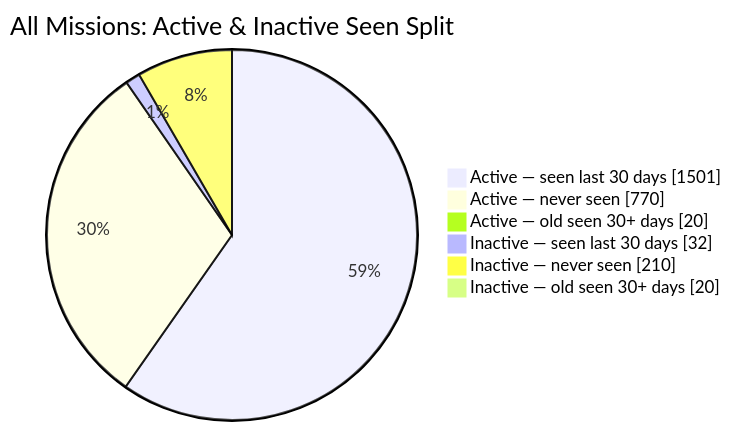
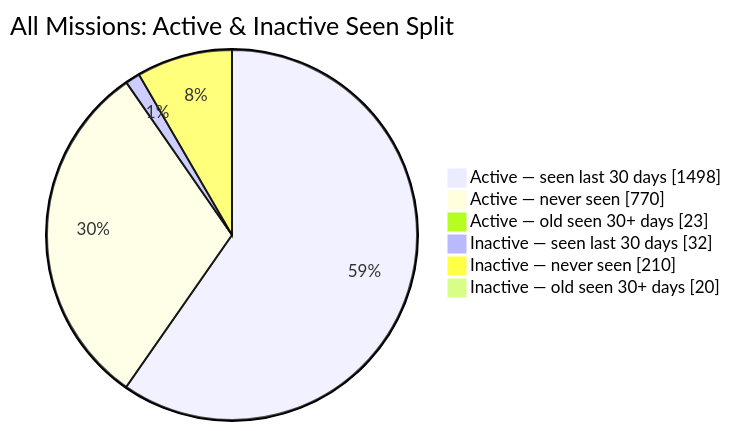
One commit to MeldkamerspelGameTeam/active-missions changed the second of 2 diagrams in README.md. Above: the diagram before and after it, drawn with Mermaid. The commit also changed other lines of this file and 3 other files, not shown here.

````diff
--- a/README.md
+++ b/README.md
@@ -44,10 +44,10 @@
 ```mermaid
 pie showData
     title All Missions: Active & Inactive Seen Split
-    "Active — seen last 30 days" : 1501
+    "Active — seen last 30 days" : 1498
     "Active — never seen" : 770
-    "Active — old seen 30+ days" : 20
+    "Active — old seen 30+ days" : 23
     "Inactive — seen last 30 days" : 32
     "Inactive — never seen" : 210
     "Inactive — old seen 30+ days" : 20
 ```
````
